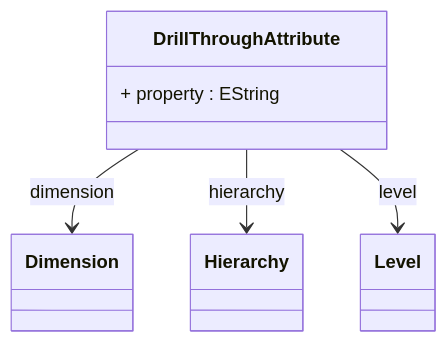
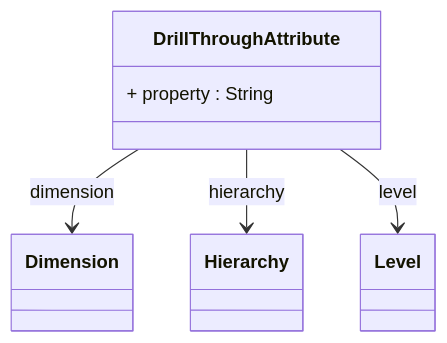
Before and after one commit to eclipse-daanse/eclipse-daanse.github.io: the diagram in docs/cubeserver/model/class-DrillThroughAttribute.md, drawn with Mermaid. The commit also changed other lines of this file and 138 other files, not shown here.

````diff
--- a/docs/cubeserver/model/class-DrillThroughAttribute.md
+++ b/docs/cubeserver/model/class-DrillThroughAttribute.md
@@ -92,12 +94,12 @@
 ```mermaid
 classDiagram
   class DrillThroughAttribute {
-    + property : EString
+    + property : String
   }
 
 
   DrillThroughAttribute --> Dimension : dimension
   DrillThroughAttribute --> Hierarchy : hierarchy
   DrillThroughAttribute --> Level : level
 
 ```
````
